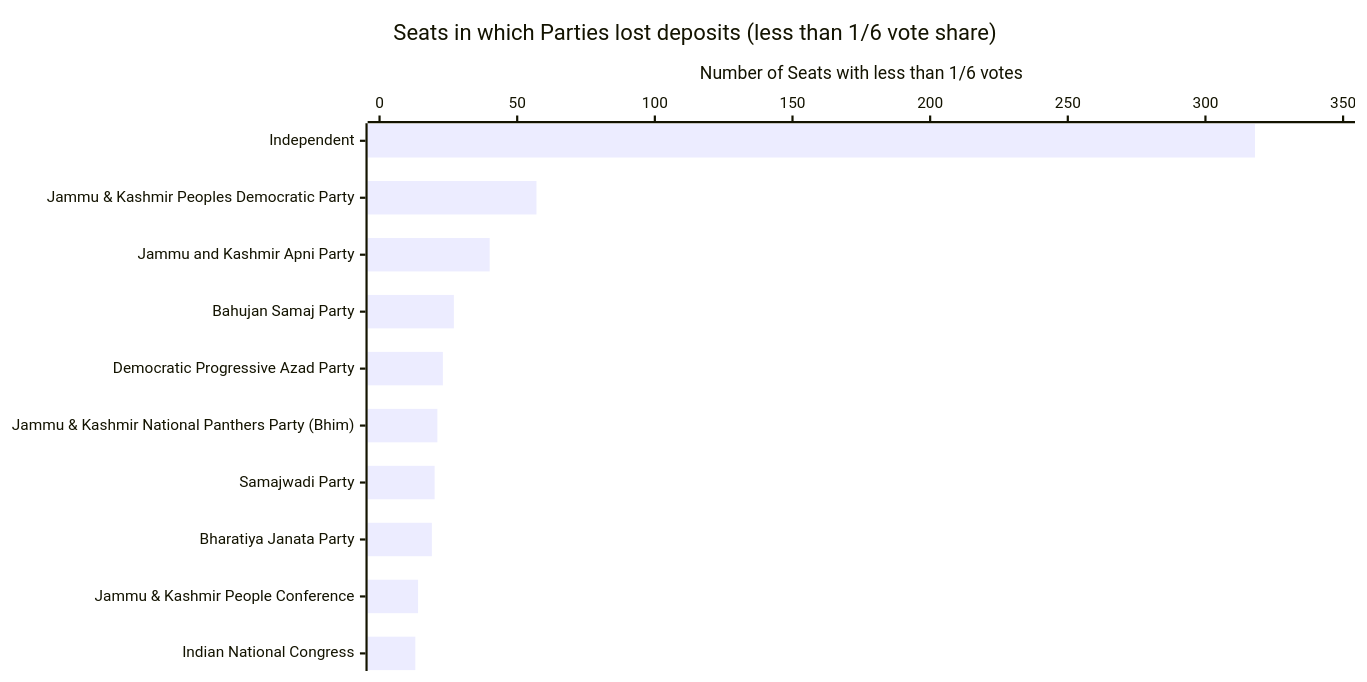
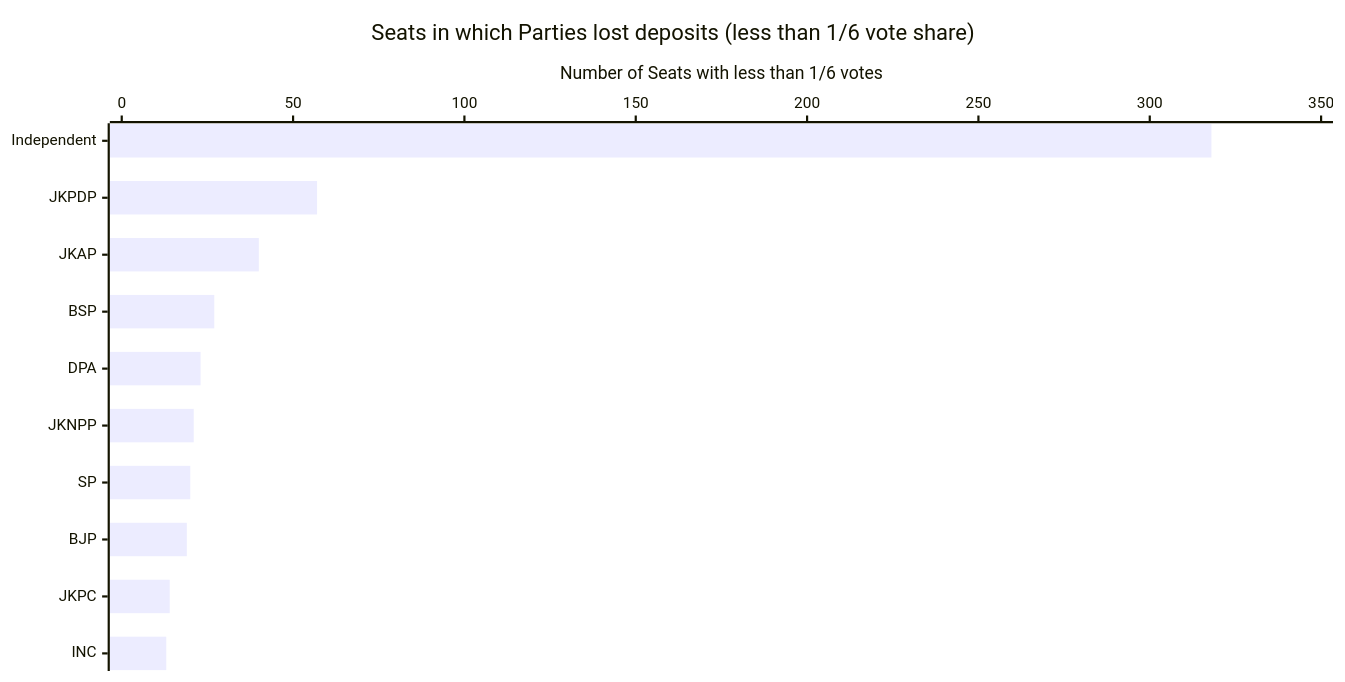
Diagram 15 of 19 in J&K-GRAPH.md (arjunswaj/elections), drawn with Mermaid before and after one commit. The commit also changed other lines of this file, not shown here.

Commit message:
Update the graph titles

````diff
--- a/J&K-GRAPH.md
+++ b/J&K-GRAPH.md
@@ -293,14 +293,14 @@
 ```mermaid
 ---
 config:
     xyChart:
         width: 1200
         height: 600
         chartOrientation: horizontal
 ---
 xychart-beta
     title "Seats in which Parties lost deposits (less than 1/6 vote share)"
-    x-axis ["Independent", "Jammu & Kashmir Peoples Democratic Party", "Jammu and Kashmir Apni Party", "Bahujan Samaj Party", "Democratic Progressive Azad Party", "Jammu & Kashmir National Panthers Party (Bhim)", "Samajwadi Party", "Bharatiya Janata Party", "Jammu & Kashmir People Conference", "Indian National Congress"]
+    x-axis ["Independent", "JKPDP", "JKAP", "BSP", "DPA", "JKNPP", "SP", "BJP", "JKPC", "INC"]
     y-axis "Number of Seats with less than 1/6 votes" 0 --> 350
     bar [318, 57, 40, 27, 23, 21, 20, 19, 14, 13]
 ```
````
